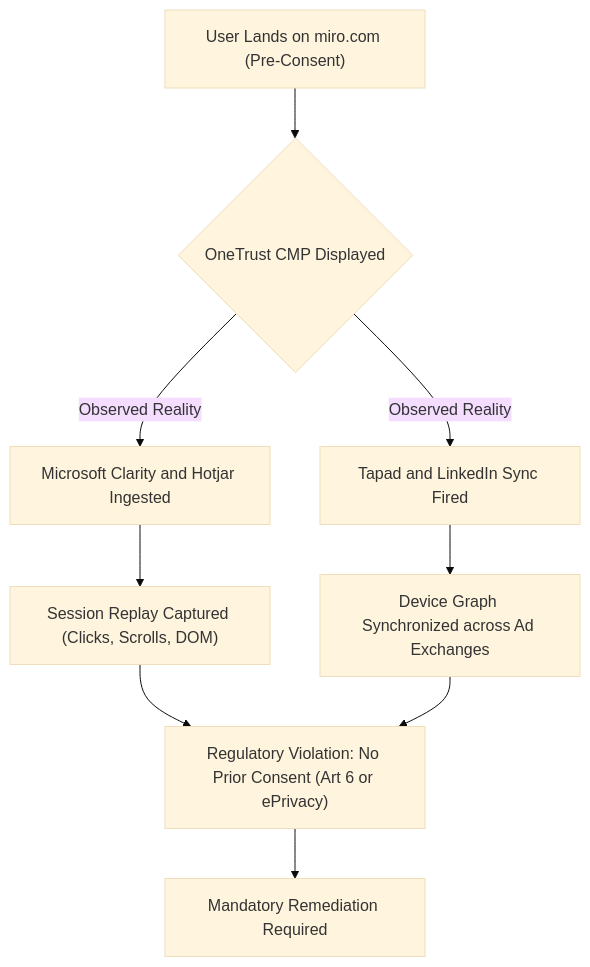
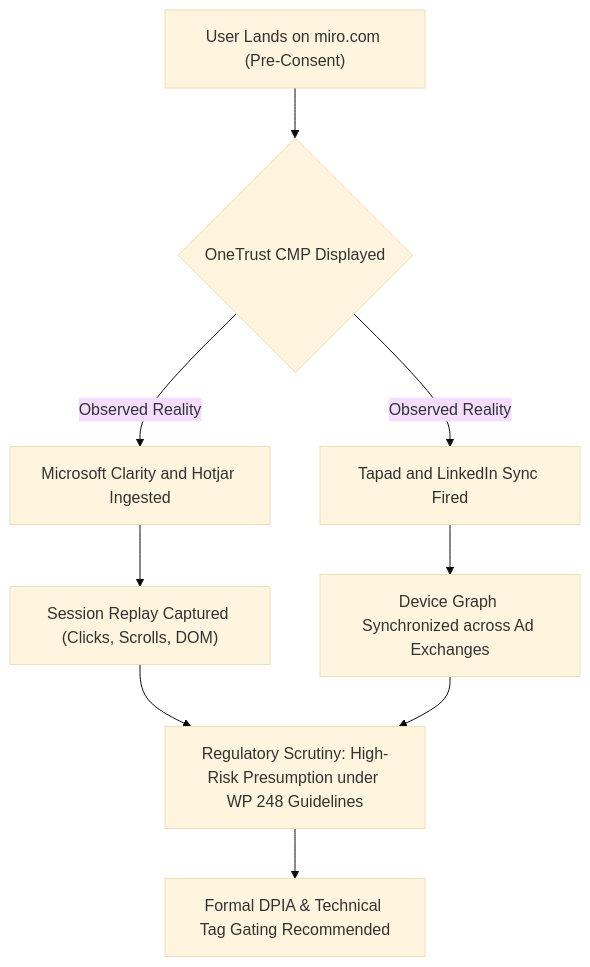
The diagram in 06_STEP6_DPIA_SCREENING_NOTE/DPIA_SCREENING_NOTE.md (tbinitial-cyber/Privacy-Engineering-GRC-Platform), drawn with Mermaid (base theme) before and after one commit. The commit also changed other lines of this file and 8 other files, not shown here.

````diff
--- a/06_STEP6_DPIA_SCREENING_NOTE/DPIA_SCREENING_NOTE.md
+++ b/06_STEP6_DPIA_SCREENING_NOTE/DPIA_SCREENING_NOTE.md
@@ -55,11 +55,11 @@
 ```mermaid
 flowchart TD
     A["User Lands on miro.com (Pre-Consent)"] --> B{"OneTrust CMP Displayed"}
     B -->|Observed Reality| C["Microsoft Clarity and Hotjar Ingested"]
     B -->|Observed Reality| D["Tapad and LinkedIn Sync Fired"]
     C --> E["Session Replay Captured (Clicks, Scrolls, DOM)"]
     D --> F["Device Graph Synchronized across Ad Exchanges"]
-    E --> G["Regulatory Violation: No Prior Consent (Art 6 or ePrivacy)"]
+    E --> G["Regulatory Scrutiny: High-Risk Presumption under WP 248 Guidelines"]
     F --> G
-    G --> H["Mandatory Remediation Required"]
+    G --> H["Formal DPIA & Technical Tag Gating Recommended"]
 ```
````
